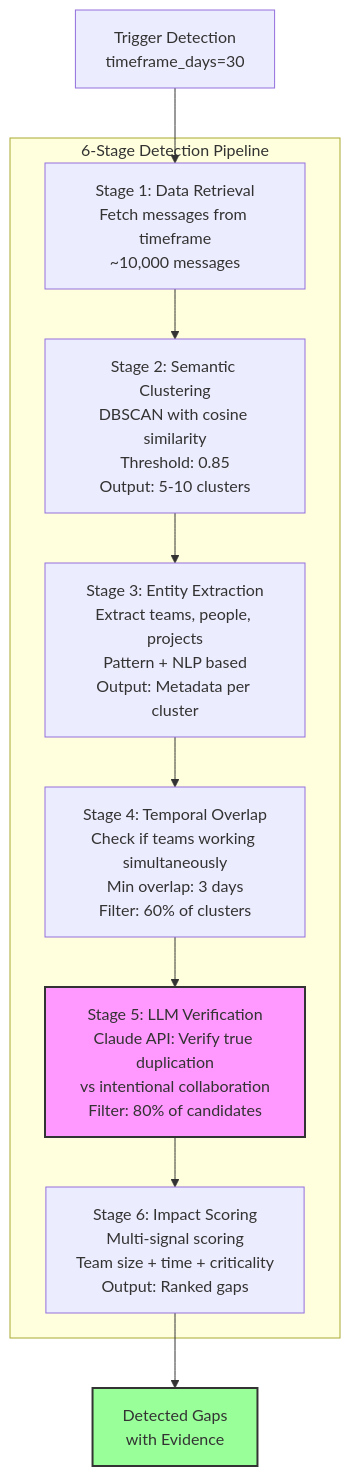
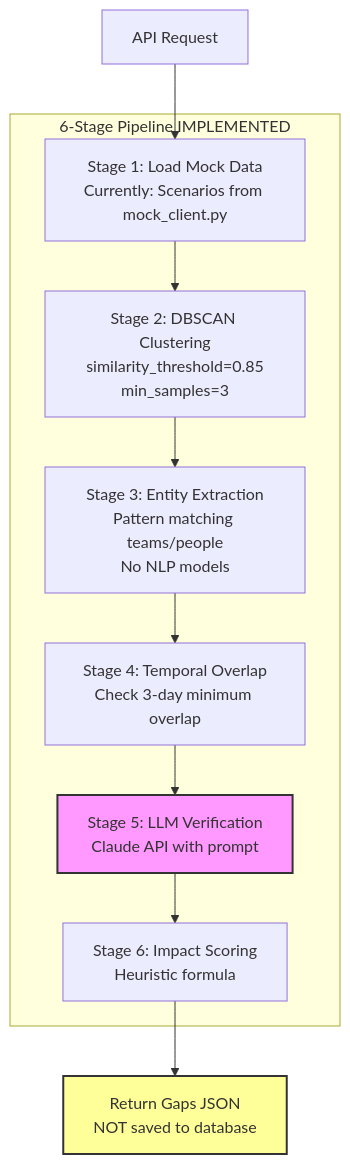
The third of 3 diagrams in docs/ARCHITECTURE.md (timduly4/coordination_gap_detector), drawn with Mermaid before and after one commit. The commit also changed other lines of this file, not shown here.

First line of the commit message:
docs: update architecture doc to reflect actual implementation

````diff
--- a/docs/ARCHITECTURE.md
+++ b/docs/ARCHITECTURE.md
@@ -181,28 +168,28 @@
 ```mermaid
 graph TB
-    Start[Trigger Detection<br/>timeframe_days=30] --> Stage1
+    Start[API Request] --> Stage1
 
-    subgraph "6-Stage Detection Pipeline"
-        Stage1[Stage 1: Data Retrieval<br/>Fetch messages from timeframe<br/>~10,000 messages]
+    subgraph "6-Stage Pipeline IMPLEMENTED"
+        Stage1[Stage 1: Load Mock Data<br/>Currently: Scenarios from mock_client.py]
 
-        Stage2[Stage 2: Semantic Clustering<br/>DBSCAN with cosine similarity<br/>Threshold: 0.85<br/>Output: 5-10 clusters]
+        Stage2[Stage 2: DBSCAN Clustering<br/>similarity_threshold=0.85<br/>min_samples=3]
 
-        Stage3[Stage 3: Entity Extraction<br/>Extract teams, people, projects<br/>Pattern + NLP based<br/>Output: Metadata per cluster]
+        Stage3[Stage 3: Entity Extraction<br/>Pattern matching teams/people<br/>No NLP models]
 
-        Stage4[Stage 4: Temporal Overlap<br/>Check if teams working simultaneously<br/>Min overlap: 3 days<br/>Filter: 60% of clusters]
+        Stage4[Stage 4: Temporal Overlap<br/>Check 3-day minimum overlap]
 
-        Stage5[Stage 5: LLM Verification<br/>Claude API: Verify true duplication<br/>vs intentional collaboration<br/>Filter: 80% of candidates]
+        Stage5[Stage 5: LLM Verification<br/>Claude API with prompt]
 
-        Stage6[Stage 6: Impact Scoring<br/>Multi-signal scoring<br/>Team size + time + criticality<br/>Output: Ranked gaps]
+        Stage6[Stage 6: Impact Scoring<br/>Heuristic formula]
     end
 
     Stage1 --> Stage2
     Stage2 --> Stage3
     Stage3 --> Stage4
     Stage4 --> Stage5
     Stage5 --> Stage6
-    Stage6 --> Result[Detected Gaps<br/>with Evidence]
+    Stage6 --> Result[Return Gaps JSON<br/>NOT saved to database]
 
     style Stage5 fill:#f9f,stroke:#333,stroke-width:2px
-    style Result fill:#9f9,stroke:#333,stroke-width:2px
+    style Result fill:#ff9,stroke:#333,stroke-width:2px
 ```
````
